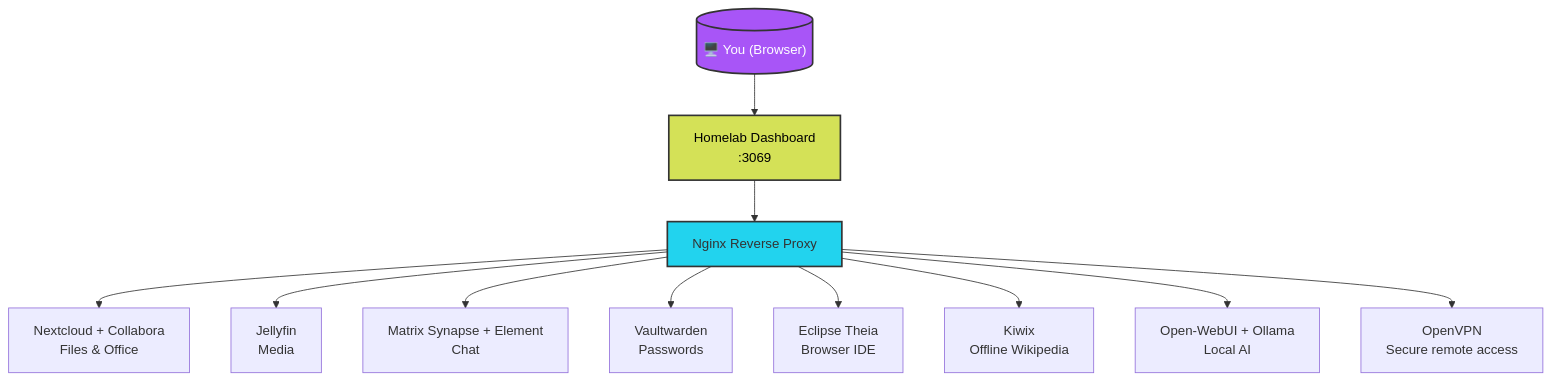
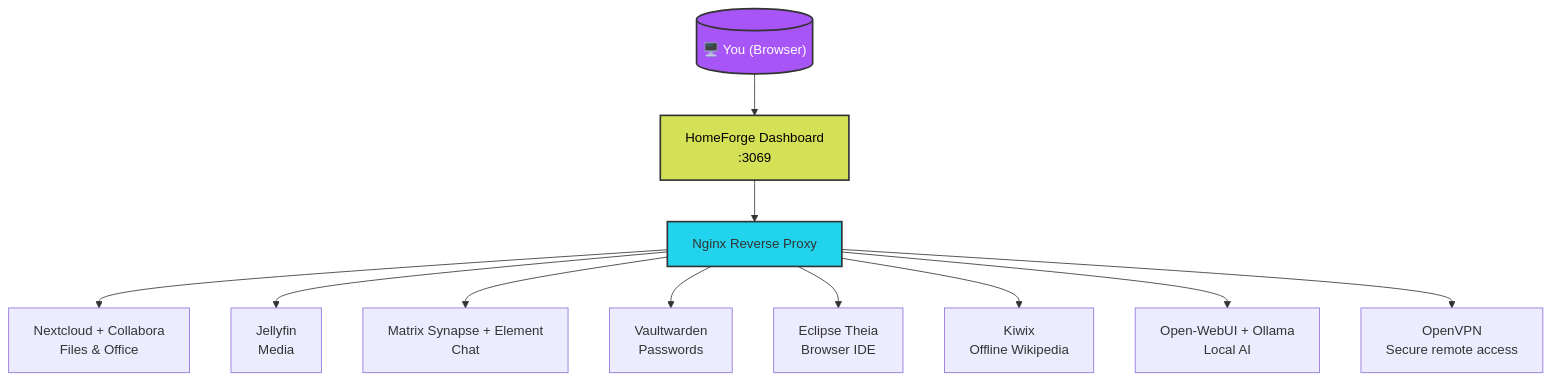
One commit to BasilSuhail/homelab-os-landing changed the first of 3 diagrams in README.md. Above: the diagram before and after it, drawn with Mermaid. The commit also changed other lines of this file, not shown here.

Commit message:
docs: redesign landing page README with full HomeForge vision

````diff
--- a/README.md
+++ b/README.md
@@ -15,18 +62,18 @@
 ```mermaid
 flowchart TD
-    User[("🖥️ You (Browser)")] --> Dashboard["Homelab Dashboard<br/>:3069"]
+    User[("🖥️ You (Browser)")] --> Dashboard["HomeForge Dashboard<br/>:3069"]
     Dashboard --> Nginx["Nginx Reverse Proxy"]
-    
+
     Nginx --> Nextcloud["Nextcloud + Collabora<br/>Files & Office"]
     Nginx --> Jellyfin["Jellyfin<br/>Media"]
     Nginx --> Matrix["Matrix Synapse + Element<br/>Chat"]
     Nginx --> Vaultwarden["Vaultwarden<br/>Passwords"]
     Nginx --> Theia["Eclipse Theia<br/>Browser IDE"]
     Nginx --> Kiwix["Kiwix<br/>Offline Wikipedia"]
     Nginx --> OpenWebUI["Open‑WebUI + Ollama<br/>Local AI"]
     Nginx --> OpenVPN["OpenVPN<br/>Secure remote access"]
 
     style Dashboard fill:#d4e157,stroke:#333,stroke-width:2px,color:#000
     style Nginx fill:#22d3ee,stroke:#333,stroke-width:2px
     style User fill:#a855f7,stroke:#333,stroke-width:2px,color:#fff
 ```
````
